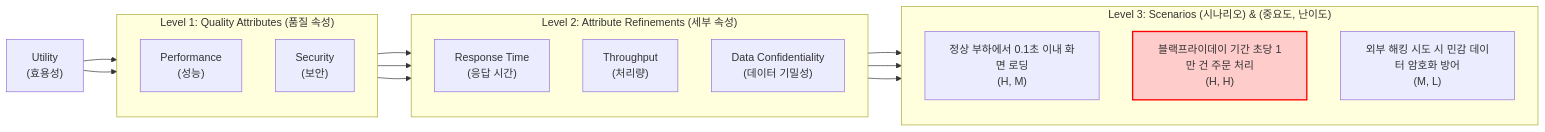
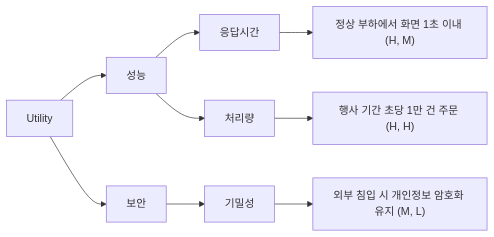
Before and after one commit to supremethumb/supremethumb.github.io: the diagram in content/01_IT Tech/유틸리티 트리.md, drawn with Mermaid. The commit also changed other lines of this file and 1087 other files, not shown here.

````diff
--- a/content/01_IT Tech/유틸리티 트리.md
+++ b/content/01_IT Tech/유틸리티 트리.md
@@ -26,38 +34,11 @@
 ```mermaid
 flowchart LR
-    Root["Utility<br/>(효용성)"]
-
-    subgraph QA ["Level 1: Quality Attributes (품질 속성)"]
-        direction TB
-        QA1["Performance<br/>(성능)"]
-        QA2["Security<br/>(보안)"]
-    end
-
-    subgraph Refinement ["Level 2: Attribute Refinements (세부 속성)"]
-        direction TB
-        R1["Response Time<br/>(응답 시간)"]
-        R2["Throughput<br/>(처리량)"]
-        R3["Data Confidentiality<br/>(데이터 기밀성)"]
-    end
-
-    subgraph Scenario ["Level 3: Scenarios (시나리오) & (중요도, 난이도)"]
-        direction TB
-        S1["정상 부하에서 0.1초 이내 화면 로딩<br/>(H, M)"]
-        S2["블랙프라이데이 기간 초당 1만 건 주문 처리<br/>(H, H)"]
-        S3["외부 해킹 시도 시 민감 데이터 암호화 방어<br/>(M, L)"]
-    end
-
-    Root --> QA1
-    Root --> QA2
-
-    QA1 --> R1
-    QA1 --> R2
-    QA2 --> R3
-
-    R1 --> S1
-    R2 --> S2
-    R3 --> S3
-    
-    style S2 fill:#ffcccc,stroke:#ff0000,stroke-width:2px
-
+    U["Utility"] --> P["성능"]
+    U --> S["보안"]
+    P --> R1["응답시간"]
+    P --> R2["처리량"]
+    S --> R3["기밀성"]
+    R1 --> S1["정상 부하에서 화면 1초 이내 (H, M)"]
+    R2 --> S2["행사 기간 초당 1만 건 주문 (H, H)"]
+    R3 --> S3["외부 침입 시 개인정보 암호화 유지 (M, L)"]
 ```
````
